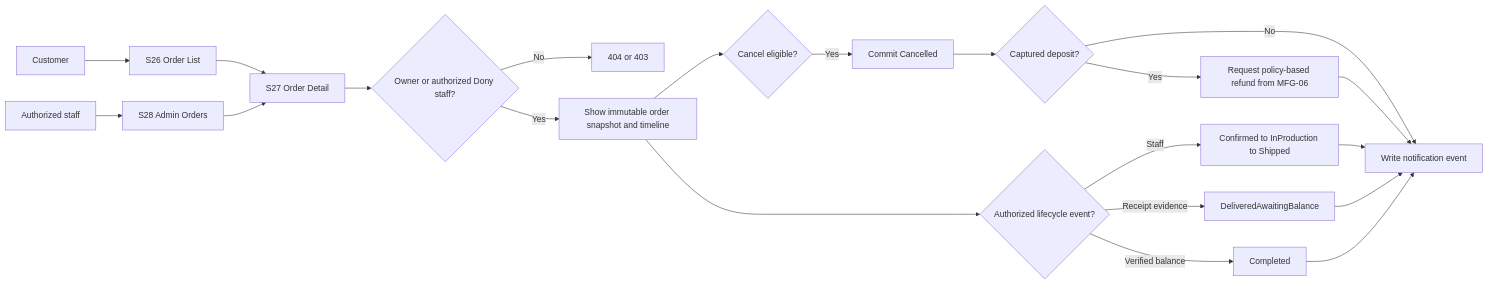
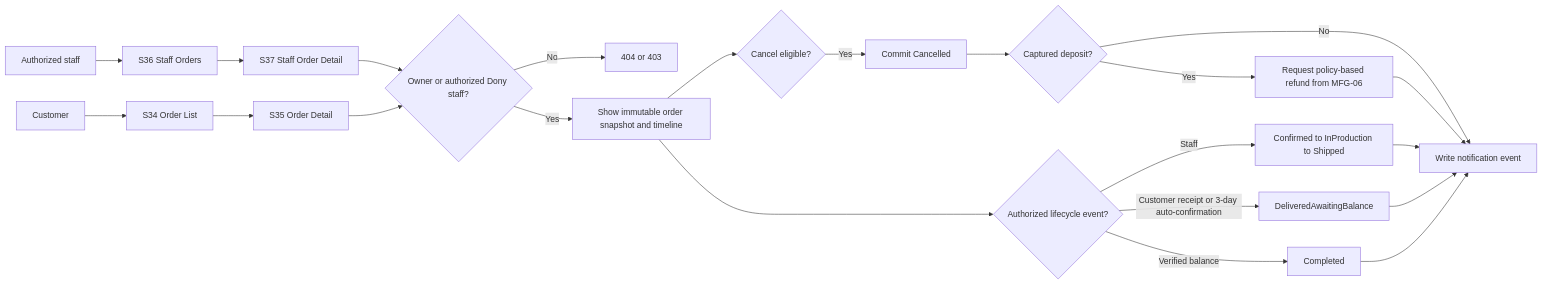
The first of 2 diagrams in docs/spec/specs/spec-MFG-07.md (ankhanhwork/weavelink-project), drawn with Mermaid before and after one commit. The commit also changed other lines of this file and 235 other files, not shown here.

````diff
--- a/docs/spec/specs/spec-MFG-07.md
+++ b/docs/spec/specs/spec-MFG-07.md
@@ -72,23 +72,24 @@
 ```mermaid
 flowchart LR
-  Customer[Customer] --> History[S26 Order List]
-  Staff[Authorized staff] --> Dashboard[S28 Admin Orders]
-  History --> Detail[S27 Order Detail]
-  Dashboard --> Detail
+  Customer[Customer] --> History[S34 Order List]
+  Staff[Authorized staff] --> Dashboard[S36 Staff Orders]
+  History --> Detail[S35 Order Detail]
+  Dashboard --> StaffDetail[S37 Staff Order Detail]
+  StaffDetail --> Scope
   Detail --> Scope{Owner or authorized Dony staff?}
   Scope -->|No| Denied[404 or 403]
   Scope -->|Yes| Snapshot[Show immutable order snapshot and timeline]
   Snapshot --> Cancel{Cancel eligible?}
   Cancel -->|Yes| Cancelled[Commit Cancelled]
   Cancelled --> Refund{Captured deposit?}
   Refund -->|Yes| RequestRefund[Request policy-based refund from MFG-06]
   Refund -->|No| Notify[Write notification event]
   RequestRefund --> Notify
   Snapshot --> Advance{Authorized lifecycle event?}
   Advance -->|Staff| Next[Confirmed to InProduction to Shipped]
-  Advance -->|Receipt evidence| Received[DeliveredAwaitingBalance]
+  Advance -->|Customer receipt or 3-day auto-confirmation| Received[DeliveredAwaitingBalance]
   Advance -->|Verified balance| Complete[Completed]
   Next --> Notify
   Received --> Notify
   Complete --> Notify
 ```
````
